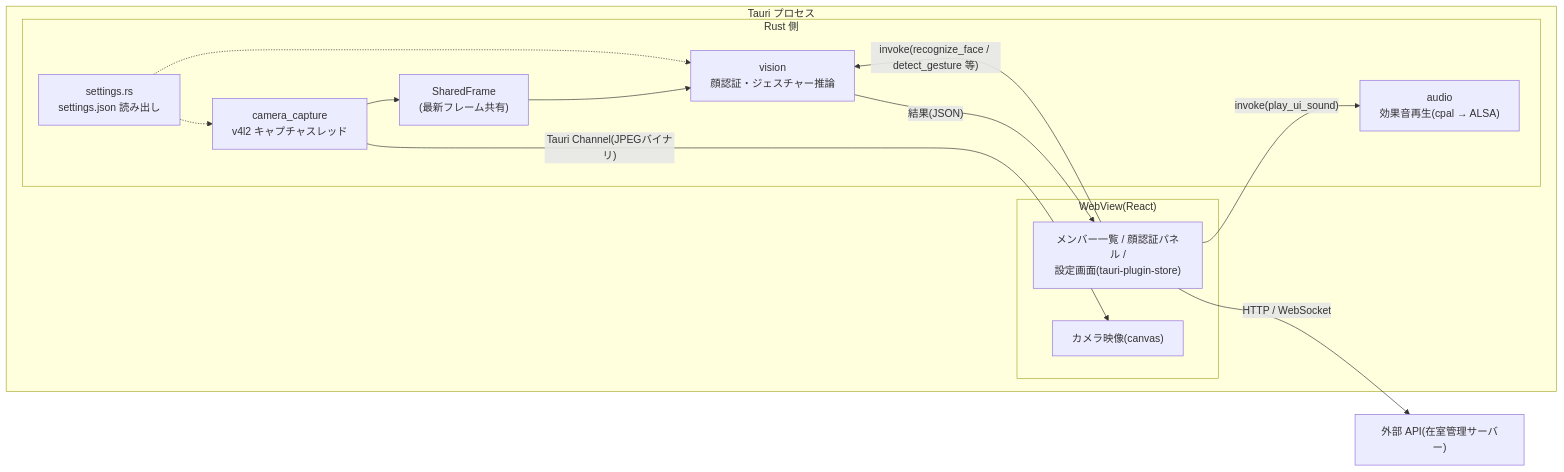
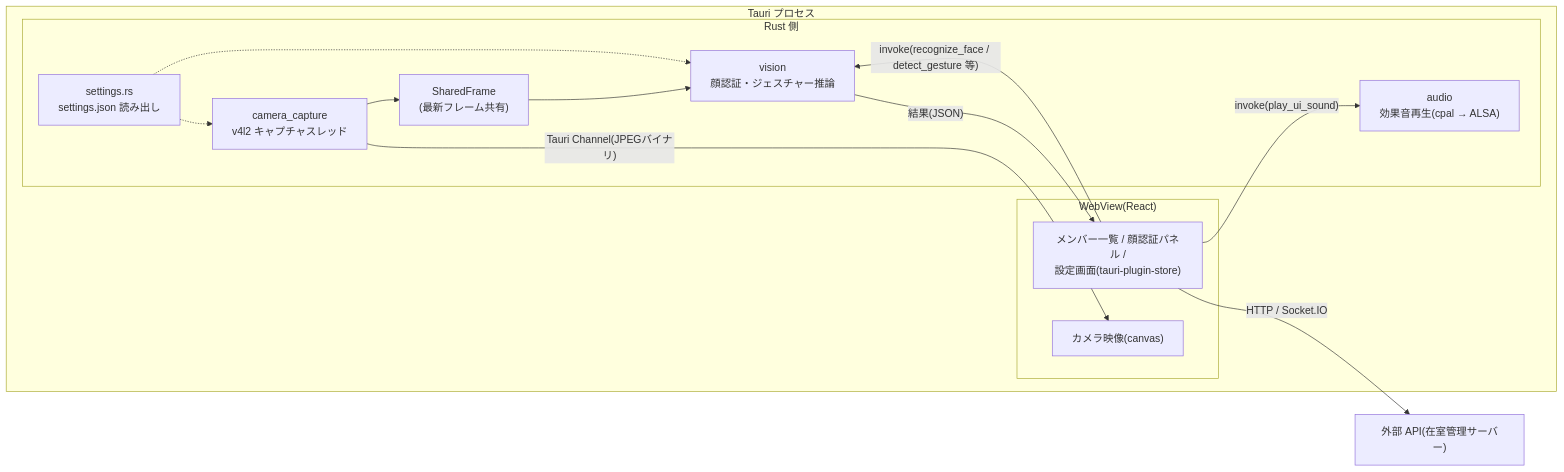
The diagram in docs/overview/architecture.md (CHACCHAN/access-control-system), drawn with Mermaid before and after one commit. The commit also changed 25 other files, not shown here.

````diff
--- a/docs/overview/architecture.md
+++ b/docs/overview/architecture.md
@@ -28,27 +28,27 @@
 ```mermaid
 flowchart LR
   subgraph tauri["Tauri プロセス"]
     subgraph rust["Rust 側"]
       cam["camera_capture<br>v4l2 キャプチャスレッド"]
       shared["SharedFrame<br>(最新フレーム共有)"]
       vision["vision<br>顔認証・ジェスチャー推論"]
       audio["audio<br>効果音再生(cpal → ALSA)"]
       settings_rs["settings.rs<br>settings.json 読み出し"]
     end
     subgraph webview["WebView(React)"]
       ui["メンバー一覧 / 顔認証パネル /<br>設定画面(tauri-plugin-store)"]
       canvas["カメラ映像(canvas)"]
     end
   end
   server["外部 API(在室管理サーバー)"]
 
   cam --> shared
   shared --> vision
   cam -- "Tauri Channel(JPEGバイナリ)" --> canvas
   ui -- "invoke(recognize_face / detect_gesture 等)" --> vision
   vision -- "結果(JSON)" --> ui
   ui -- "invoke(play_ui_sound)" --> audio
-  ui -- "HTTP / WebSocket" --> server
+  ui -- "HTTP / Socket.IO" --> server
   settings_rs -.-> cam
   settings_rs -.-> vision
 ```
````
